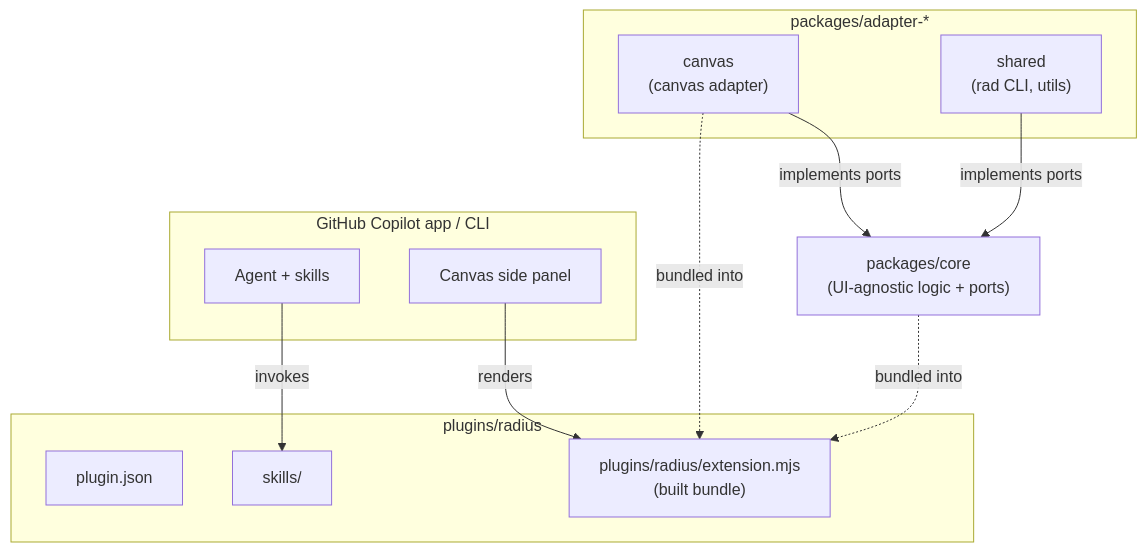
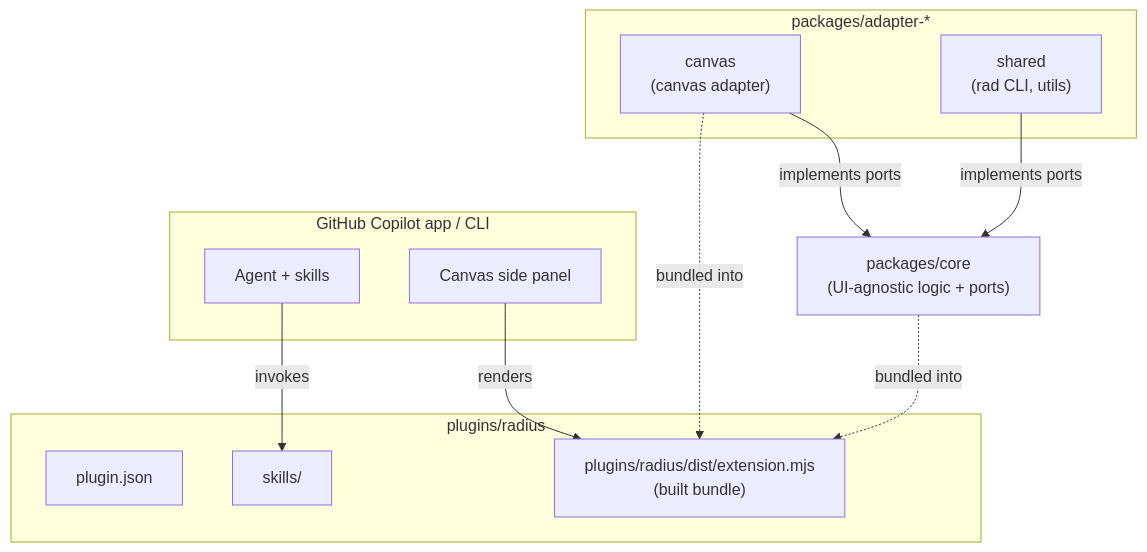
One commit to radius-project/ai-extensions changed the first of 5 diagrams in .github/skills/radius-architecture-documenter/references/mermaid-patterns.md. Above: the diagram before and after it, drawn with Mermaid. The commit also changed other lines of this file and 76 other files, not shown here.

````diff
--- a/.github/skills/radius-architecture-documenter/references/mermaid-patterns.md
+++ b/.github/skills/radius-architecture-documenter/references/mermaid-patterns.md
@@ -7,27 +7,27 @@
 ```mermaid
 graph TD
     subgraph Copilot["GitHub Copilot app / CLI"]
         Agent["Agent + skills"]
         Panel["Canvas side panel"]
     end
 
     subgraph Plugin["plugins/radius"]
         Manifest["plugin.json"]
         Skills["skills/"]
-        Ext["plugins/radius/extension.mjs<br/>(built bundle)"]
+        Ext["plugins/radius/dist/extension.mjs<br/>(built bundle)"]
     end
 
     subgraph Adapters["packages/adapter-*"]
         Canvas["canvas<br/>(canvas adapter)"]
         Shared["shared<br/>(rad CLI, utils)"]
     end
 
     Core["packages/core<br/>(UI-agnostic logic + ports)"]
 
     Agent -->|invokes| Skills
     Panel -->|renders| Ext
     Canvas -->|implements ports| Core
     Shared -->|implements ports| Core
     Canvas -.->|bundled into| Ext
     Core -.->|bundled into| Ext
 ```
````
